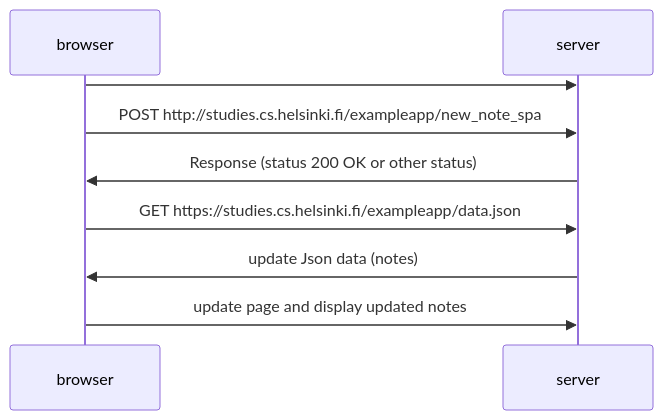
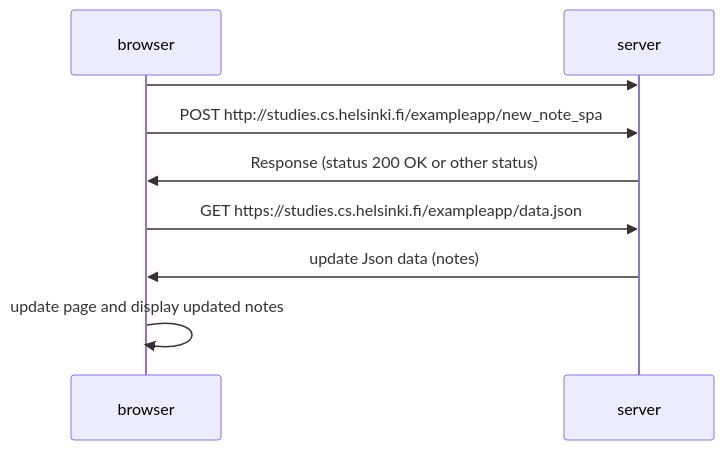
Before and after one commit to sandraEstlo/full_stack_open: the diagram in Part0/6.md, drawn with Mermaid.

````diff
--- a/Part0/6.md
+++ b/Part0/6.md
@@ -1,14 +1,14 @@
 ```mermaid
 sequenceDiagram
     participant browser
     participant server
 
     browser->>server: 
     browser->>server: POST http://studies.cs.helsinki.fi/exampleapp/new_note_spa
     server->>browser: Response (status 200 OK or other status)
 
     browser->>server: GET https://studies.cs.helsinki.fi/exampleapp/data.json
     server->>browser: update Json data (notes)
 
-    browser->>server: update page and display updated notes
+    browser->>browser: update page and display updated notes
 ```
````
